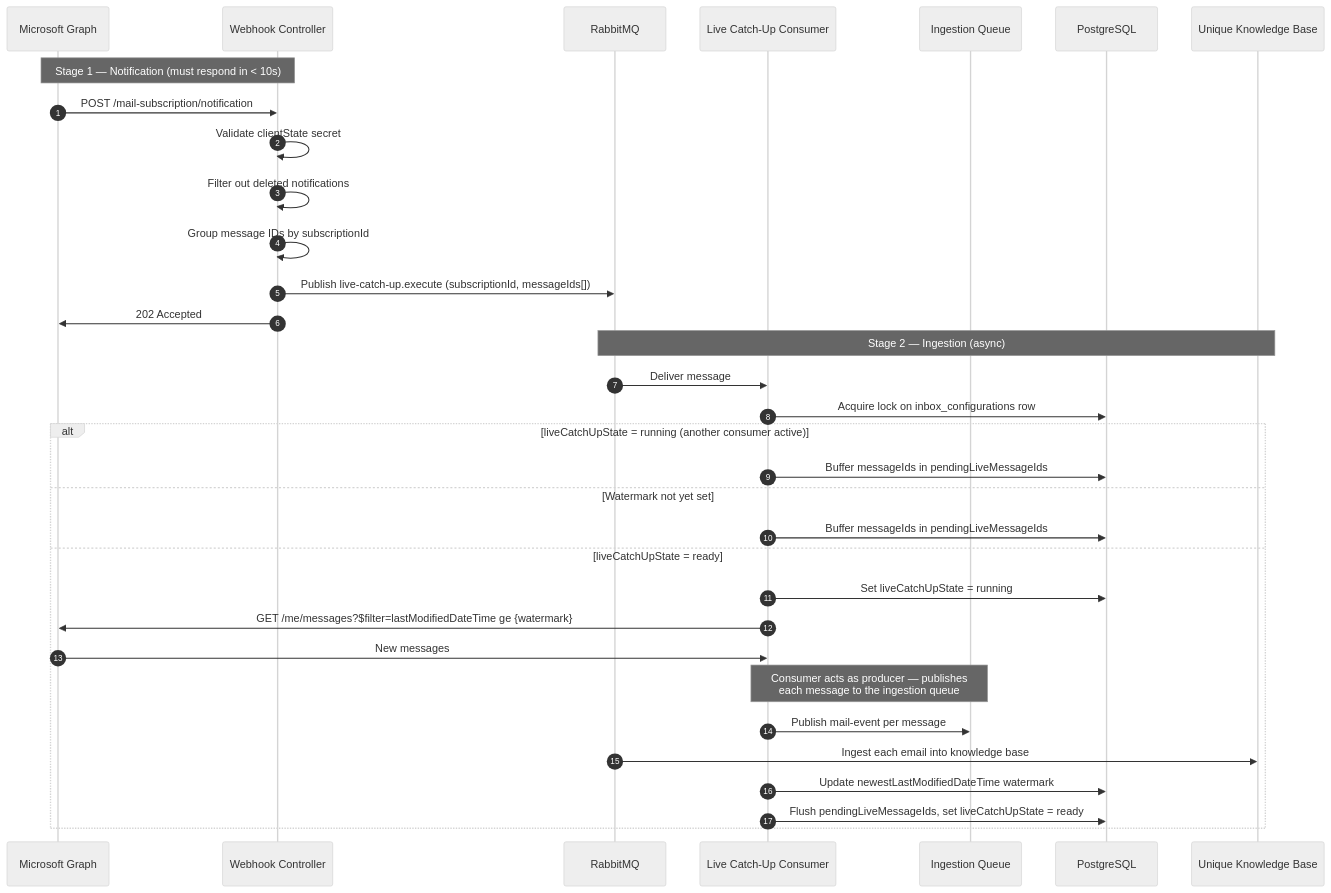
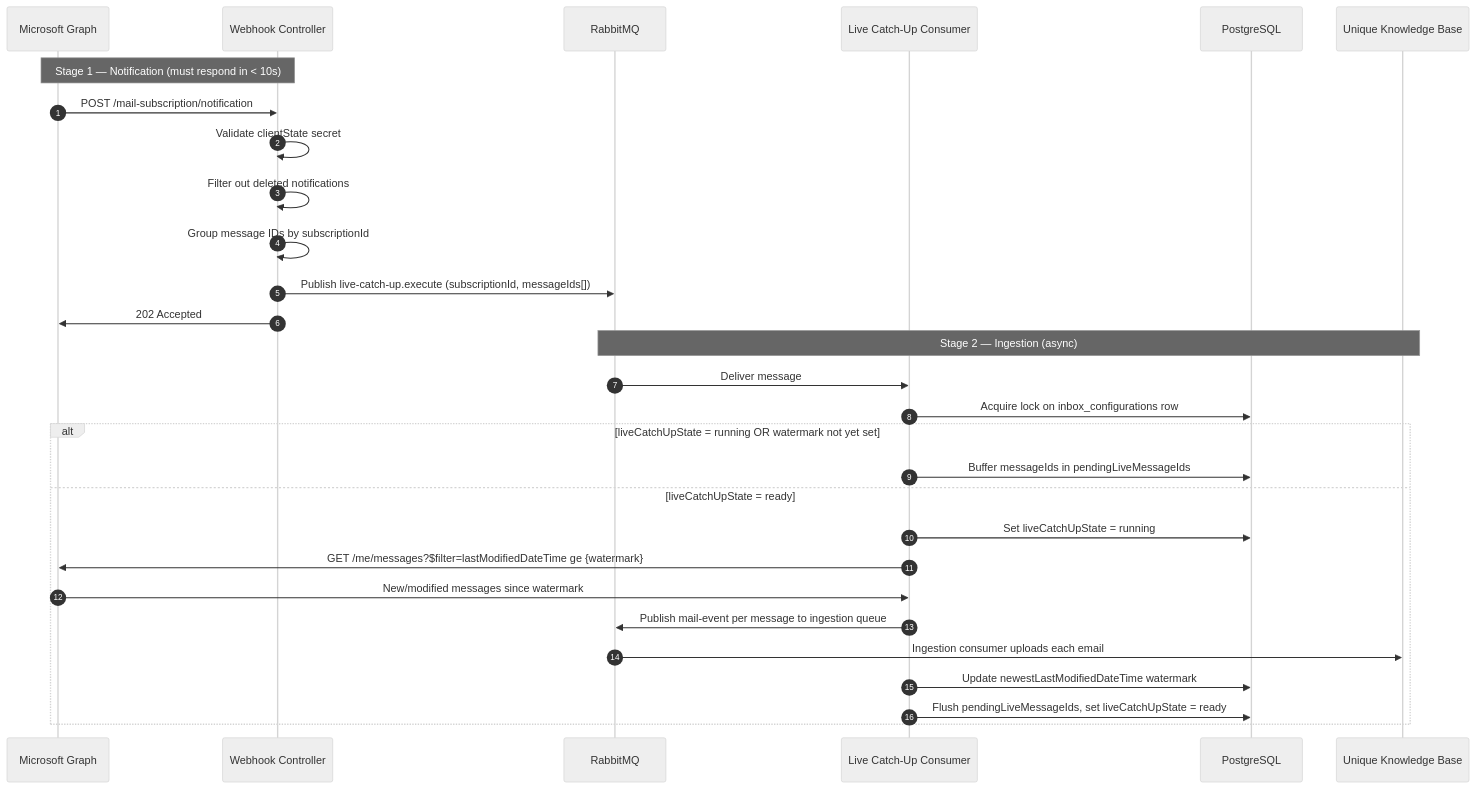
Before and after one commit to Unique-AG/connectors: the diagram in services/outlook-semantic-mcp/docs/technical/live-catchup.md, drawn with Mermaid. The commit also changed 2 other files, not shown here.

````diff
--- a/services/outlook-semantic-mcp/docs/technical/live-catchup.md
+++ b/services/outlook-semantic-mcp/docs/technical/live-catchup.md
@@ -14,38 +14,35 @@
 ```mermaid
 %%{init: {'theme': 'neutral', 'themeVariables': { 'fontSize': '14px' }}}%%
 sequenceDiagram
     autonumber
     participant MSGraph as Microsoft Graph
     participant Controller as Webhook Controller
     participant AMQP as RabbitMQ
     participant Consumer as Live Catch-Up Consumer
-    participant Ingestion as Ingestion Queue
     participant DB as PostgreSQL
     participant UniqueKB as Unique Knowledge Base
 
     Note over MSGraph,Controller: Stage 1 — Notification (must respond in < 10s)
     MSGraph->>Controller: POST /mail-subscription/notification
     Controller->>Controller: Validate clientState secret
     Controller->>Controller: Filter out deleted notifications
     Controller->>Controller: Group message IDs by subscriptionId
     Controller->>AMQP: Publish live-catch-up.execute (subscriptionId, messageIds[])
     Controller->>MSGraph: 202 Accepted
 
     Note over AMQP,UniqueKB: Stage 2 — Ingestion (async)
     AMQP->>Consumer: Deliver message
     Consumer->>DB: Acquire lock on inbox_configurations row
-    alt liveCatchUpState = running (another consumer active)
-        Consumer->>DB: Buffer messageIds in pendingLiveMessageIds
-    else Watermark not yet set
+
+    alt liveCatchUpState = running OR watermark not yet set
         Consumer->>DB: Buffer messageIds in pendingLiveMessageIds
     else liveCatchUpState = ready
         Consumer->>DB: Set liveCatchUpState = running
         Consumer->>MSGraph: GET /me/messages?$filter=lastModifiedDateTime ge {watermark}
-        MSGraph->>Consumer: New messages
-        Note over Consumer,Ingestion: Consumer acts as producer — publishes<br/>each message to the ingestion queue
-        Consumer->>Ingestion: Publish mail-event per message
-        AMQP->>UniqueKB: Ingest each email into knowledge base
+        MSGraph->>Consumer: New/modified messages since watermark
+        Consumer->>AMQP: Publish mail-event per message to ingestion queue
+        AMQP->>UniqueKB: Ingestion consumer uploads each email
         Consumer->>DB: Update newestLastModifiedDateTime watermark
         Consumer->>DB: Flush pendingLiveMessageIds, set liveCatchUpState = ready
     end
 ```
````
